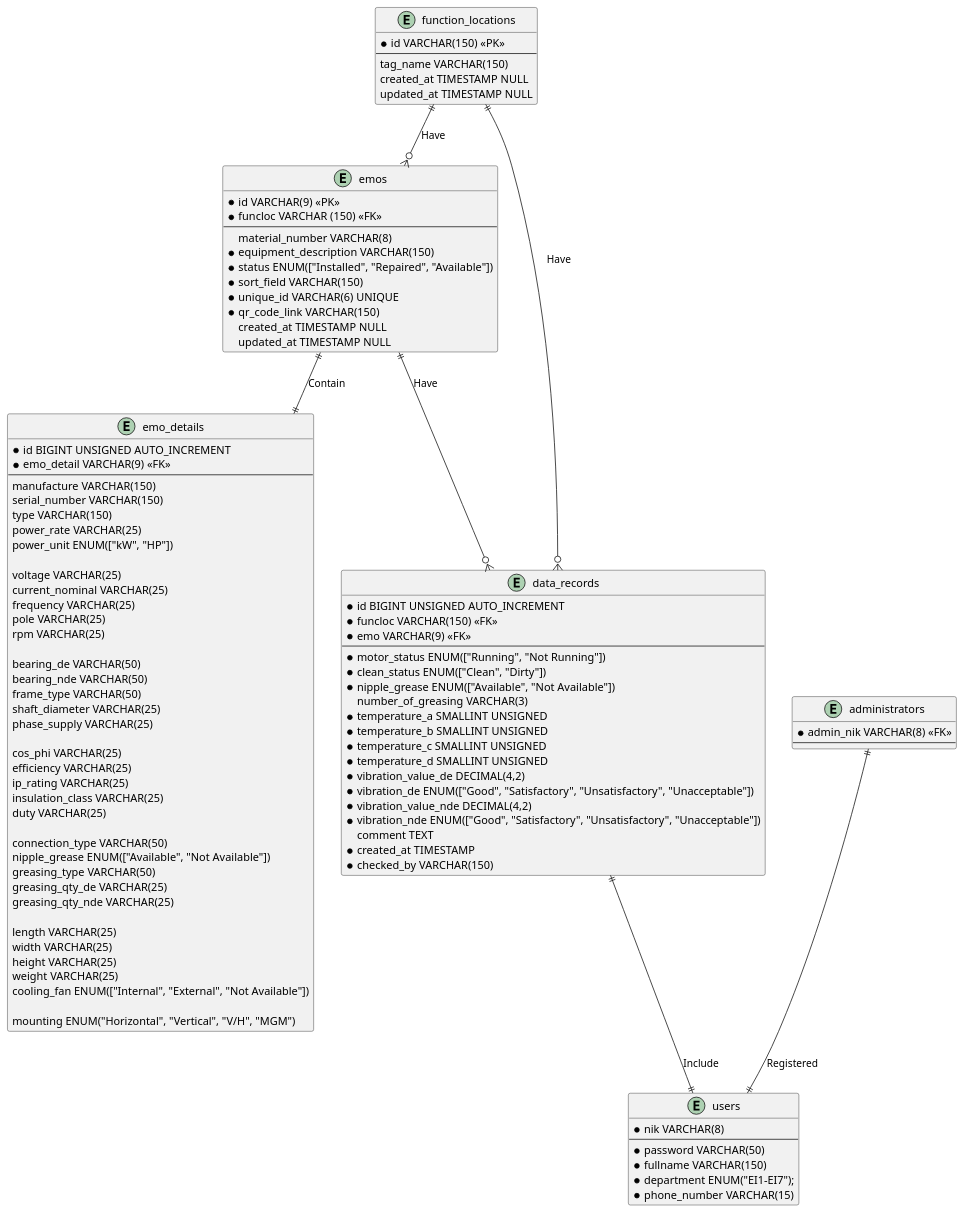
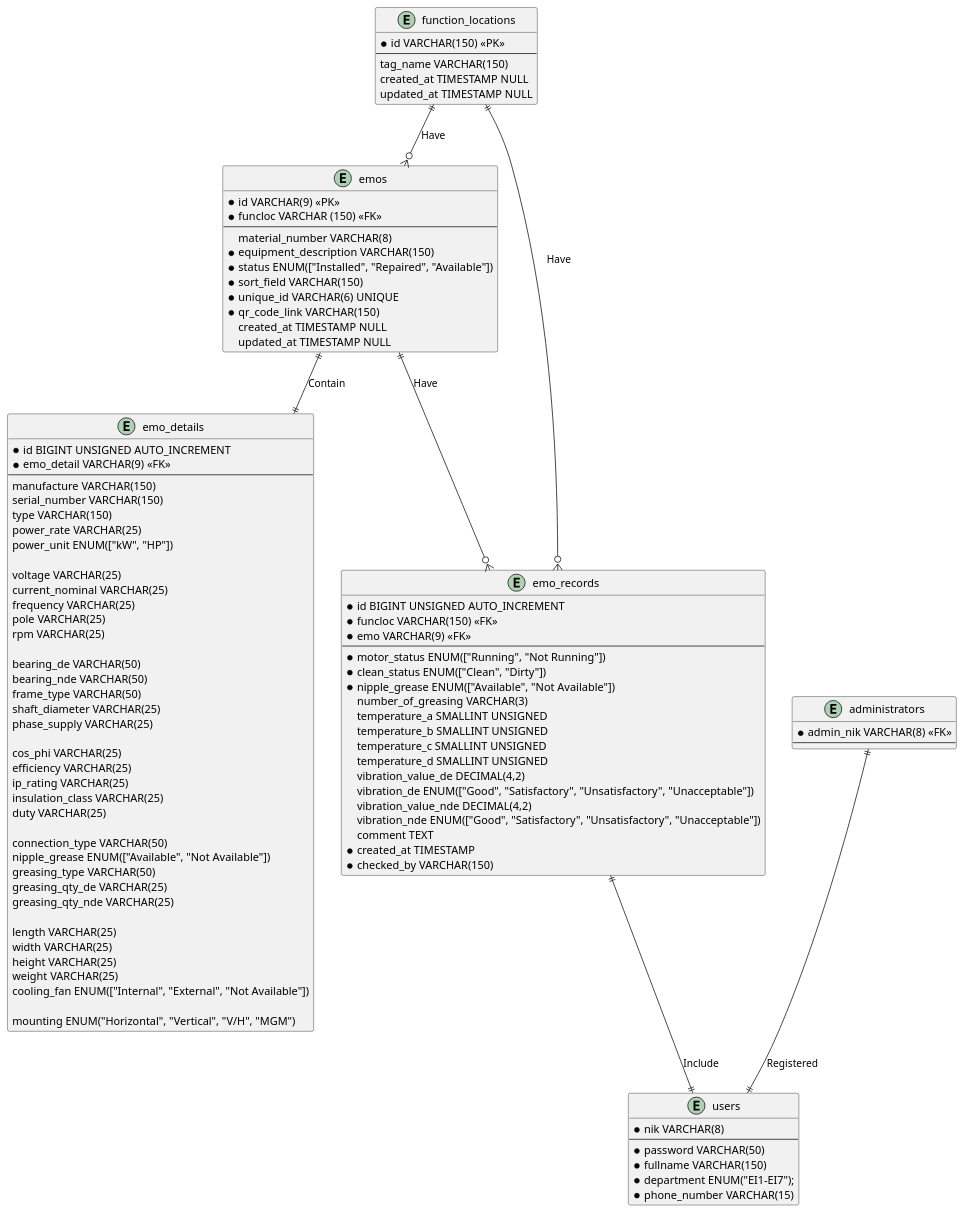
One commit to doniduaasattuu/fajar-e-maintenance changed the diagram in database/fajar_e_maintenance.puml. Above: the diagram before and after it, drawn with PlantUML. The commit also changed 16 other files, not shown here.

Commit message:
change table data_records to emo_records and can input null temperature and vibration value

```diff
--- a/database/fajar_e_maintenance.puml
+++ b/database/fajar_e_maintenance.puml
@@ -1,114 +1,114 @@
 @startuml fajar_e_maintenance
 
 entity function_locations
 {
     * id VARCHAR(150) <<PK>>
     --
       tag_name VARCHAR(150)
       created_at TIMESTAMP NULL
       updated_at TIMESTAMP NULL
 }
 
 entity emos
 {
     * id VARCHAR(9) <<PK>>
     * funcloc VARCHAR (150) <<FK>>
     --
       material_number VARCHAR(8)
     * equipment_description VARCHAR(150)
     * status ENUM(["Installed", "Repaired", "Available"])
     * sort_field VARCHAR(150)
     * unique_id VARCHAR(6) UNIQUE
     * qr_code_link VARCHAR(150) 
       created_at TIMESTAMP NULL
       updated_at TIMESTAMP NULL
 }
 
 entity emo_details {
     * id BIGINT UNSIGNED AUTO_INCREMENT
     * emo_detail VARCHAR(9) <<FK>>
     --
     manufacture VARCHAR(150)
     serial_number VARCHAR(150)
     type VARCHAR(150)
     power_rate VARCHAR(25)
     power_unit ENUM(["kW", "HP"])
 
     voltage VARCHAR(25)
     current_nominal VARCHAR(25)
     frequency VARCHAR(25)
     pole VARCHAR(25)
     rpm VARCHAR(25)
 
     bearing_de VARCHAR(50)
     bearing_nde VARCHAR(50)
     frame_type VARCHAR(50)
     shaft_diameter VARCHAR(25)
     phase_supply VARCHAR(25)
 
     cos_phi VARCHAR(25)
     efficiency VARCHAR(25)
     ip_rating VARCHAR(25)
     insulation_class VARCHAR(25)
     duty VARCHAR(25)
 
     connection_type VARCHAR(50)
     nipple_grease ENUM(["Available", "Not Available"])
     greasing_type VARCHAR(50)
     greasing_qty_de VARCHAR(25)
     greasing_qty_nde VARCHAR(25)
 
     length VARCHAR(25)
     width VARCHAR(25)
     height VARCHAR(25)
     weight VARCHAR(25)
     cooling_fan ENUM(["Internal", "External", "Not Available"])
 
     mounting ENUM("Horizontal", "Vertical", "V/H", "MGM")
 }
 
-entity data_records {
+entity emo_records {
     * id BIGINT UNSIGNED AUTO_INCREMENT
     * funcloc VARCHAR(150) <<FK>>
     * emo VARCHAR(9) <<FK>>
     --
     * motor_status ENUM(["Running", "Not Running"])
     * clean_status ENUM(["Clean", "Dirty"])
     * nipple_grease ENUM(["Available", "Not Available"])
       number_of_greasing VARCHAR(3)
-    * temperature_a SMALLINT UNSIGNED
-    * temperature_b SMALLINT UNSIGNED
-    * temperature_c SMALLINT UNSIGNED
-    * temperature_d SMALLINT UNSIGNED
-    * vibration_value_de DECIMAL(4,2)
-    * vibration_de ENUM(["Good", "Satisfactory", "Unsatisfactory", "Unacceptable"])
-    * vibration_value_nde DECIMAL(4,2)
-    * vibration_nde ENUM(["Good", "Satisfactory", "Unsatisfactory", "Unacceptable"])
+      temperature_a SMALLINT UNSIGNED
+      temperature_b SMALLINT UNSIGNED
+      temperature_c SMALLINT UNSIGNED
+      temperature_d SMALLINT UNSIGNED
+      vibration_value_de DECIMAL(4,2)
+      vibration_de ENUM(["Good", "Satisfactory", "Unsatisfactory", "Unacceptable"])
+      vibration_value_nde DECIMAL(4,2)
+      vibration_nde ENUM(["Good", "Satisfactory", "Unsatisfactory", "Unacceptable"])
       comment TEXT
     * created_at TIMESTAMP
     * checked_by VARCHAR(150)
 }
 
 entity users {
     * nik VARCHAR(8)
     --
     * password VARCHAR(50)
     * fullname VARCHAR(150)
     * department ENUM("EI1-EI7");
     * phone_number VARCHAR(15)
 }
 
 entity administrators {
     * admin_nik VARCHAR(8) <<FK>>
     --
 }
  
 function_locations ||--o{ emos : Have
-function_locations ||--o{ data_records : Have
-emos ||--o{ data_records : Have
+function_locations ||--o{ emo_records : Have
+emos ||--o{ emo_records : Have
 emos ||--|| emo_details : Contain
-data_records ||--|| users : Include
+emo_records ||--|| users : Include
 administrators ||--|| users : Registered
 
 
 @enduml
```
